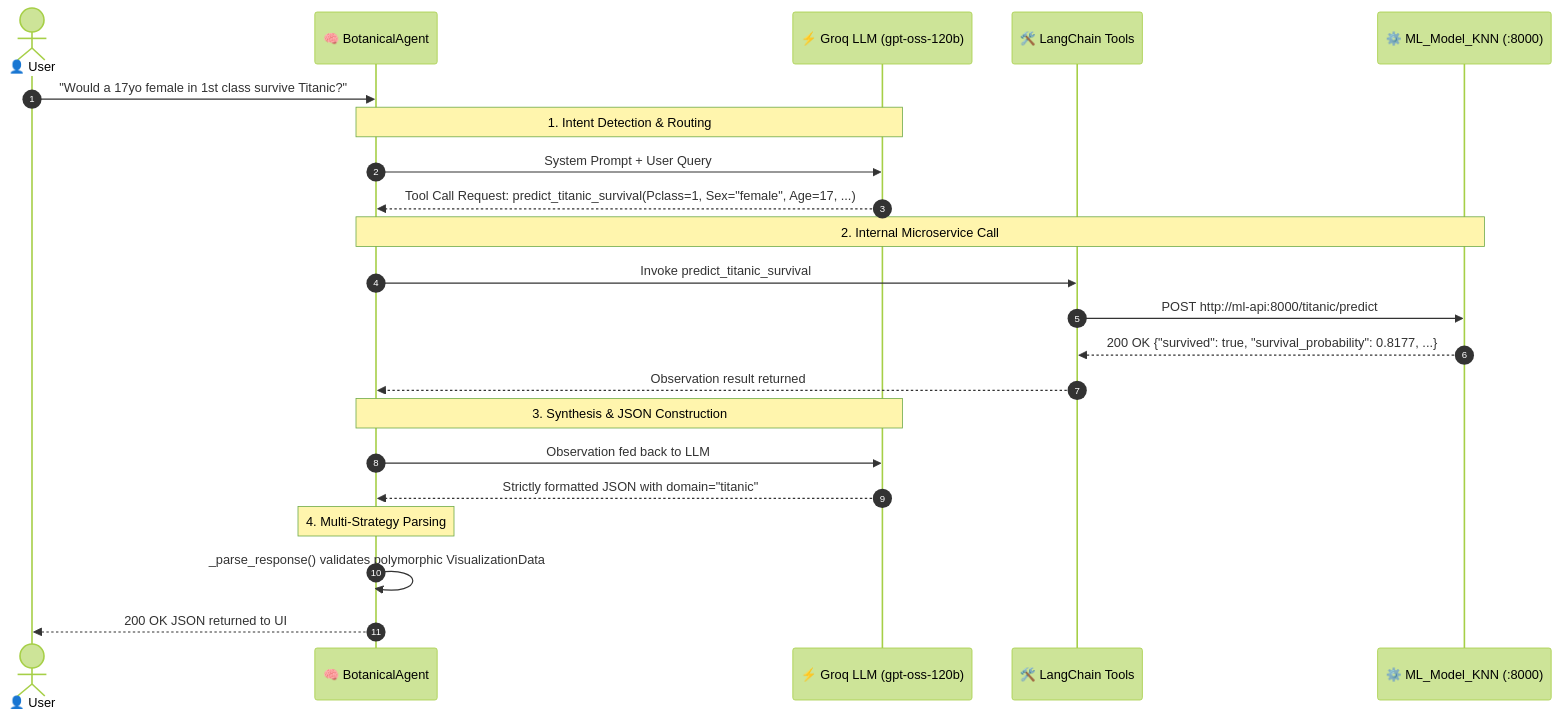
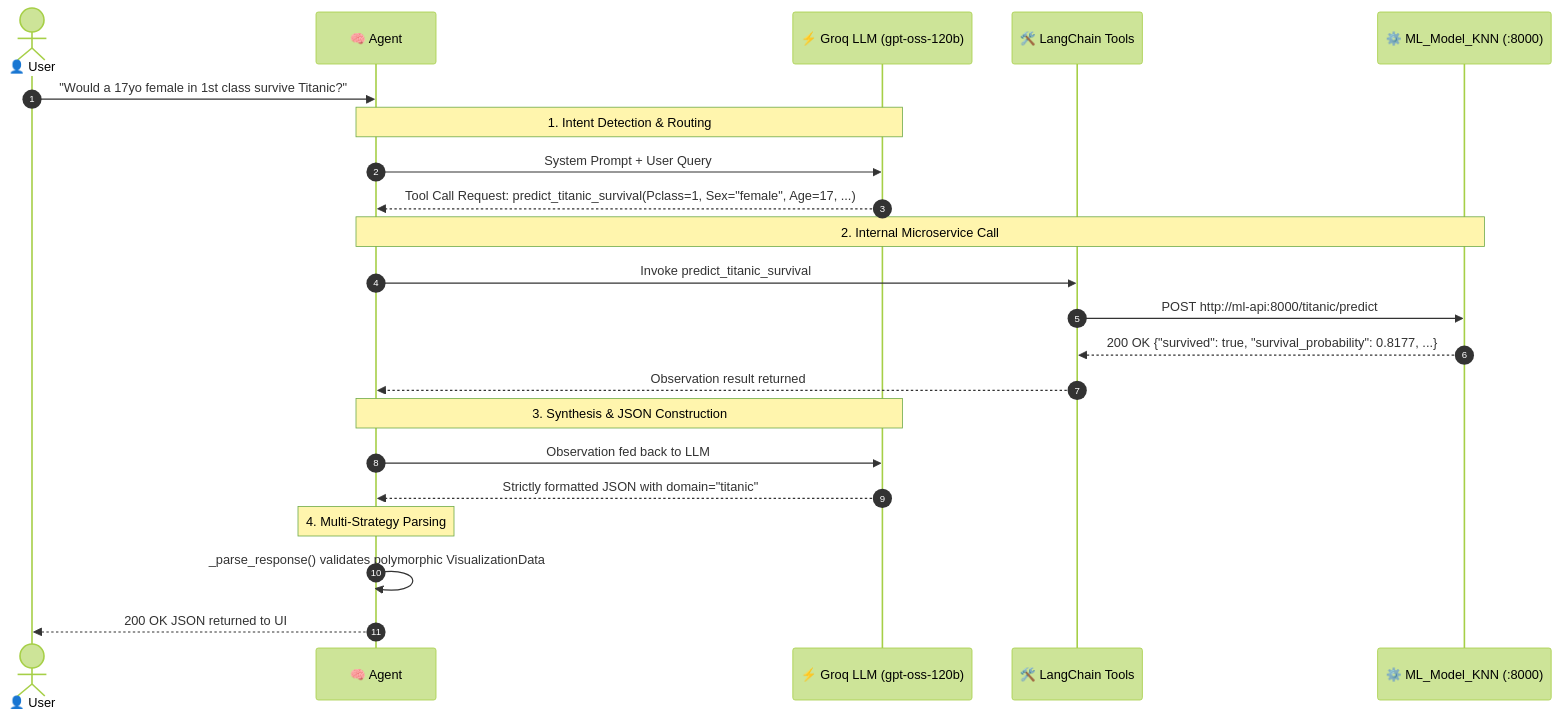
Before and after one commit to Subham110/ReAct: the third of 3 diagrams in README.md, drawn with Mermaid (forest theme). The commit also changed other lines of this file, not shown here.

````diff
--- a/README.md
+++ b/README.md
@@ -347,29 +334,29 @@
 ```mermaid
 sequenceDiagram
     autonumber
     actor User as 👤 User
-    participant Agent as 🧠 BotanicalAgent
+    participant Agent as 🧠 Agent
     participant LLM as ⚡ Groq LLM (gpt-oss-120b)
     participant Tools as 🛠️ LangChain Tools
     participant ML as ⚙️ ML_Model_KNN (:8000)
 
     User->>Agent: "Would a 17yo female in 1st class survive Titanic?"
     
     Note over Agent,LLM: 1. Intent Detection & Routing
     Agent->>LLM: System Prompt + User Query
     LLM-->>Agent: Tool Call Request: predict_titanic_survival(Pclass=1, Sex="female", Age=17, ...)
 
     Note over Agent,ML: 2. Internal Microservice Call
     Agent->>Tools: Invoke predict_titanic_survival
     Tools->>ML: POST http://ml-api:8000/titanic/predict
     ML-->>Tools: 200 OK {"survived": true, "survival_probability": 0.8177, ...}
     Tools-->>Agent: Observation result returned
 
     Note over Agent,LLM: 3. Synthesis & JSON Construction
     Agent->>LLM: Observation fed back to LLM
     LLM-->>Agent: Strictly formatted JSON with domain="titanic"
 
     Note over Agent: 4. Multi-Strategy Parsing
     Agent->>Agent: _parse_response() validates polymorphic VisualizationData
     Agent-->>User: 200 OK JSON returned to UI
 ```
````
